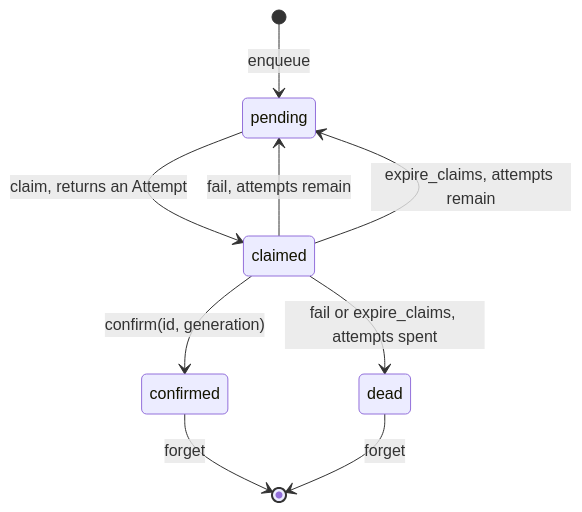
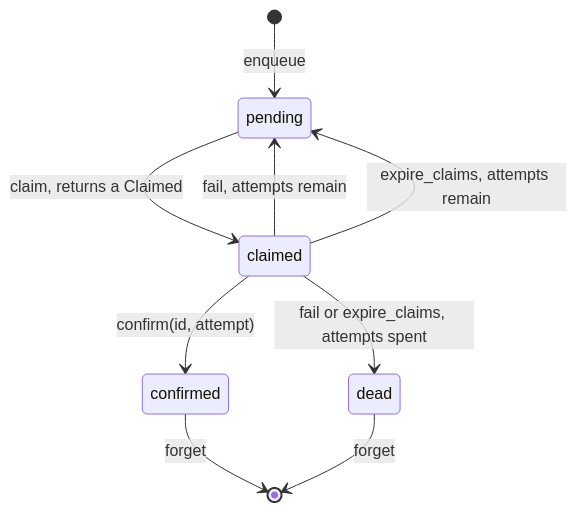
One commit to seuros/outbox_machines changed the first of 2 diagrams in README.md. Above: the diagram before and after it, drawn with Mermaid. The commit also changed other lines of this file and 13 other files, not shown here.

First line of the commit message:
feat!: never reissue attempt identities, honour repeated confirm, fail and forget, Full and Mismatch refusals

````diff
--- a/README.md
+++ b/README.md
@@ -66,11 +71,11 @@
 ```mermaid
 stateDiagram-v2
     [*] --> pending: enqueue
-    pending --> claimed: claim, returns an Attempt
-    claimed --> confirmed: confirm(id, generation)
+    pending --> claimed: claim, returns a Claimed
+    claimed --> confirmed: confirm(id, attempt)
     claimed --> pending: fail, attempts remain
     claimed --> pending: expire_claims, attempts remain
     claimed --> dead: fail or expire_claims, attempts spent
     confirmed --> [*]: forget
     dead --> [*]: forget
 ```
````
